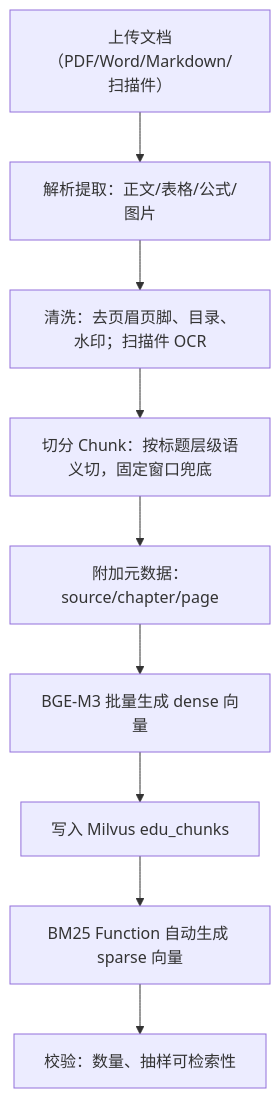
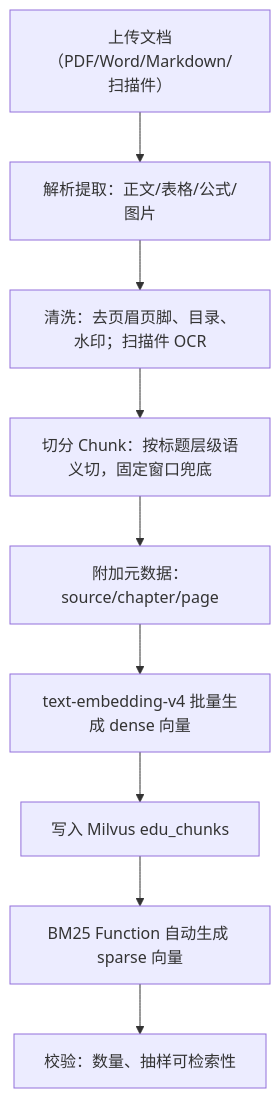
The seventh of 18 diagrams in 智学Agent项目设计文档.md (WakuWaku1337/Stuagent), drawn with Mermaid before and after one commit. The commit also changed other lines of this file and 77 other files, not shown here.

````diff
--- a/智学Agent项目设计文档.md
+++ b/智学Agent项目设计文档.md
@@ -636,11 +633,11 @@
 ```mermaid
 flowchart TD
     A["上传文档（PDF/Word/Markdown/扫描件）"] --> B["解析提取：正文/表格/公式/图片"]
     B --> C["清洗：去页眉页脚、目录、水印；扫描件 OCR"]
     C --> D["切分 Chunk：按标题层级语义切，固定窗口兜底"]
     D --> E["附加元数据：source/chapter/page"]
-    E --> F["BGE-M3 批量生成 dense 向量"]
+    E --> F["text-embedding-v4 批量生成 dense 向量"]
     F --> G["写入 Milvus edu_chunks"]
     G --> H["BM25 Function 自动生成 sparse 向量"]
     H --> I["校验：数量、抽样可检索性"]
 ```
````
